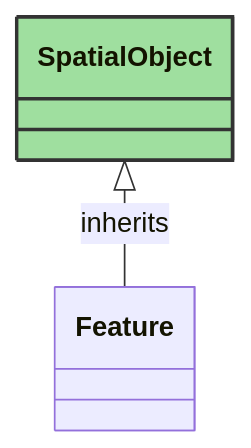
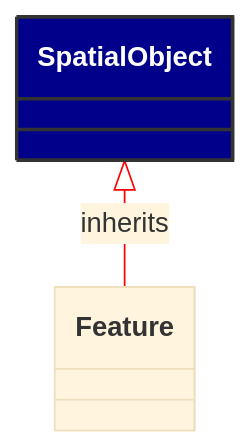
Before and after one commit to 3lbits/NoCIMExtensions: the diagram in docs/Models/Profiles/WattApp/ConcreteClasses/SpatialObject.md, drawn with Mermaid. The commit also changed 16 other files, not shown here.

Commit message:
Fixed mermaid colors and footer issue

````diff
--- a/docs/Models/Profiles/WattApp/ConcreteClasses/SpatialObject.md
+++ b/docs/Models/Profiles/WattApp/ConcreteClasses/SpatialObject.md
@@ -8,17 +8,18 @@
 ```mermaid
+%%{init: {'theme':'base','themeVariables': {'lineColor': '#FF0000'}}}%%
 classDiagram
     class SpatialObject
     click SpatialObject href "/Models/Profiles/WattApp/ConcreteClasses/SpatialObject/"
-    style SpatialObject fill:#9fdf9f,stroke:#333,stroke-width:2px,rx:10,ry:10
+    style SpatialObject fill:#006400,stroke:#333,stroke-width:2px,rx:10,ry:10,color:white
 
         SpatialObject <|-- Feature : inherits
             click SpatialObject href "/Models/Profiles/WattApp/ConcreteClasses/SpatialObject/"
-            style SpatialObject rx:10,ry:10
+            style SpatialObject fill:#00008B,stroke:#333,stroke-width:2px,rx:10,ry:10,color:white
 
         Feature
             click Feature href "/Models/Profiles/WattApp/ConcreteClasses/Feature/"
-            style Feature rx:10,ry:10
+            style SpatialObject fill:#00008B,stroke:#333,stroke-width:2px,rx:10,ry:10,color:white
 
 
 
 ```
````
